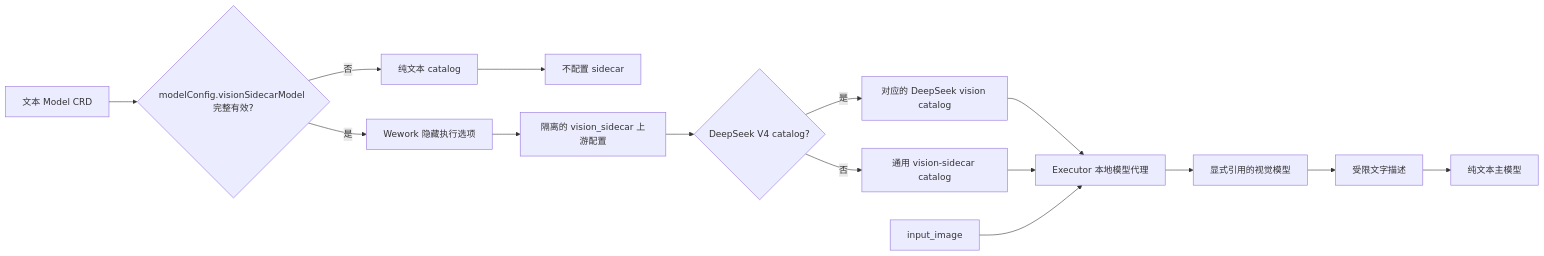
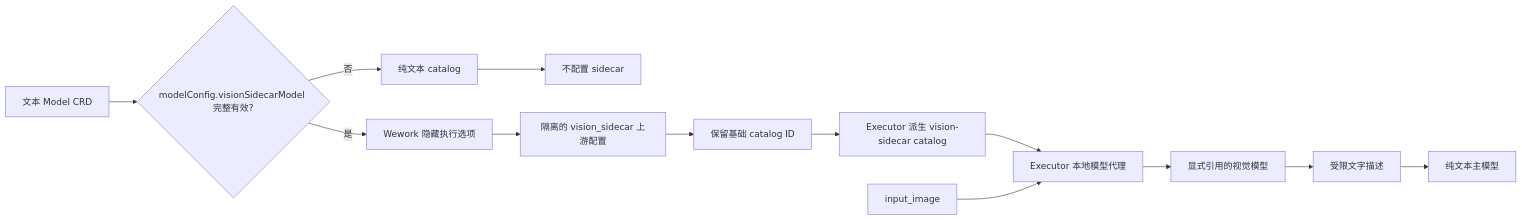
Before and after one commit to wecode-ai/Wegent: the first of 2 diagrams in docs/zh/architecture/model-vision-delegation.md, drawn with Mermaid. The commit also changed other lines of this file and 27 other files, not shown here.

Commit message:
refactor(wework): derive vision sidecar catalogs generically

````diff
--- a/docs/zh/architecture/model-vision-delegation.md
+++ b/docs/zh/architecture/model-vision-delegation.md
@@ -9,17 +9,15 @@
 ```mermaid
 flowchart LR
     CRD[文本 Model CRD] --> REF{modelConfig.visionSidecarModel 完整有效?}
     REF -->|否| TEXT[纯文本 catalog]
     TEXT --> DIRECT[不配置 sidecar]
     REF -->|是| OPTION[Wework 隐藏执行选项]
     OPTION --> CONFIG[隔离的 vision_sidecar 上游配置]
-    CONFIG --> CATALOG{DeepSeek V4 catalog?}
-    CATALOG -->|是| DEEPSEEK[对应的 DeepSeek vision catalog]
-    CATALOG -->|否| GENERIC[通用 vision-sidecar catalog]
-    DEEPSEEK --> EXECUTOR[Executor 本地模型代理]
-    GENERIC --> EXECUTOR
+    CONFIG --> CATALOG[保留基础 catalog ID]
+    CATALOG --> OVERLAY[Executor 派生 vision-sidecar catalog]
+    OVERLAY --> EXECUTOR[Executor 本地模型代理]
     IMAGE[input_image] --> EXECUTOR
     EXECUTOR --> VISION[显式引用的视觉模型]
     VISION --> DESCRIPTION[受限文字描述]
     DESCRIPTION --> PRIMARY[纯文本主模型]
 ```
````
